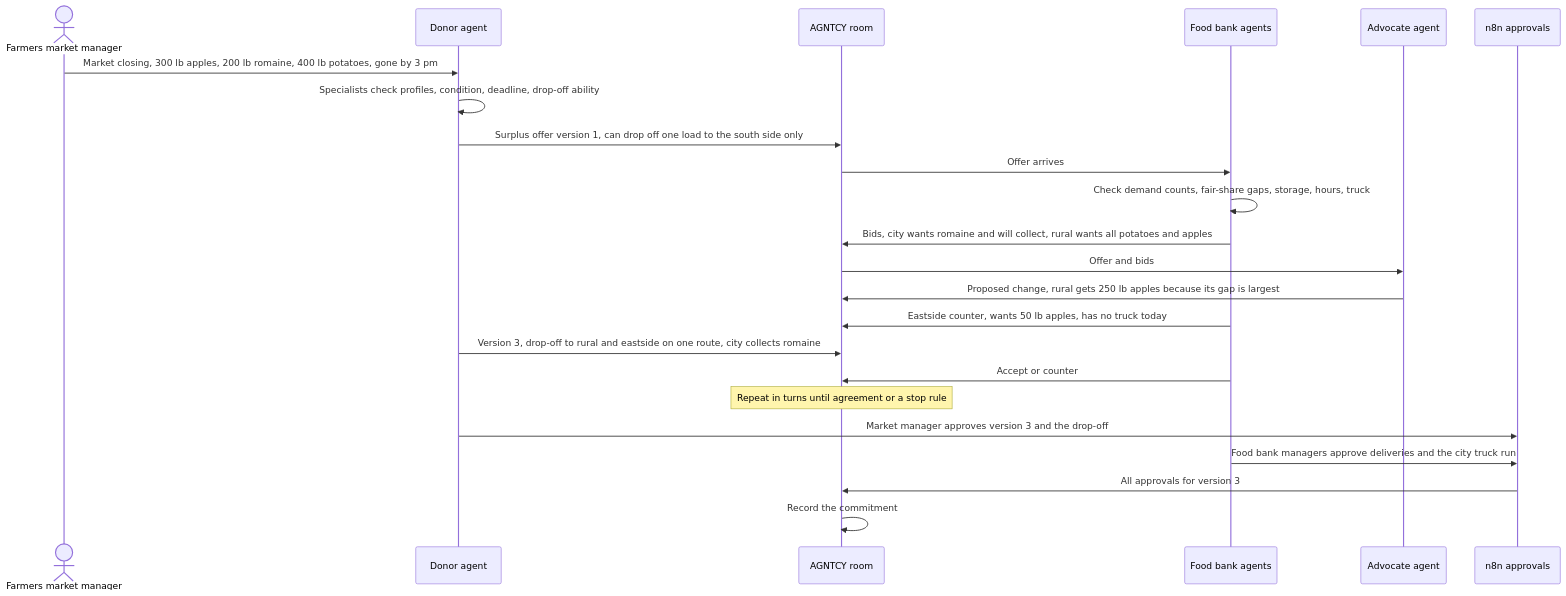
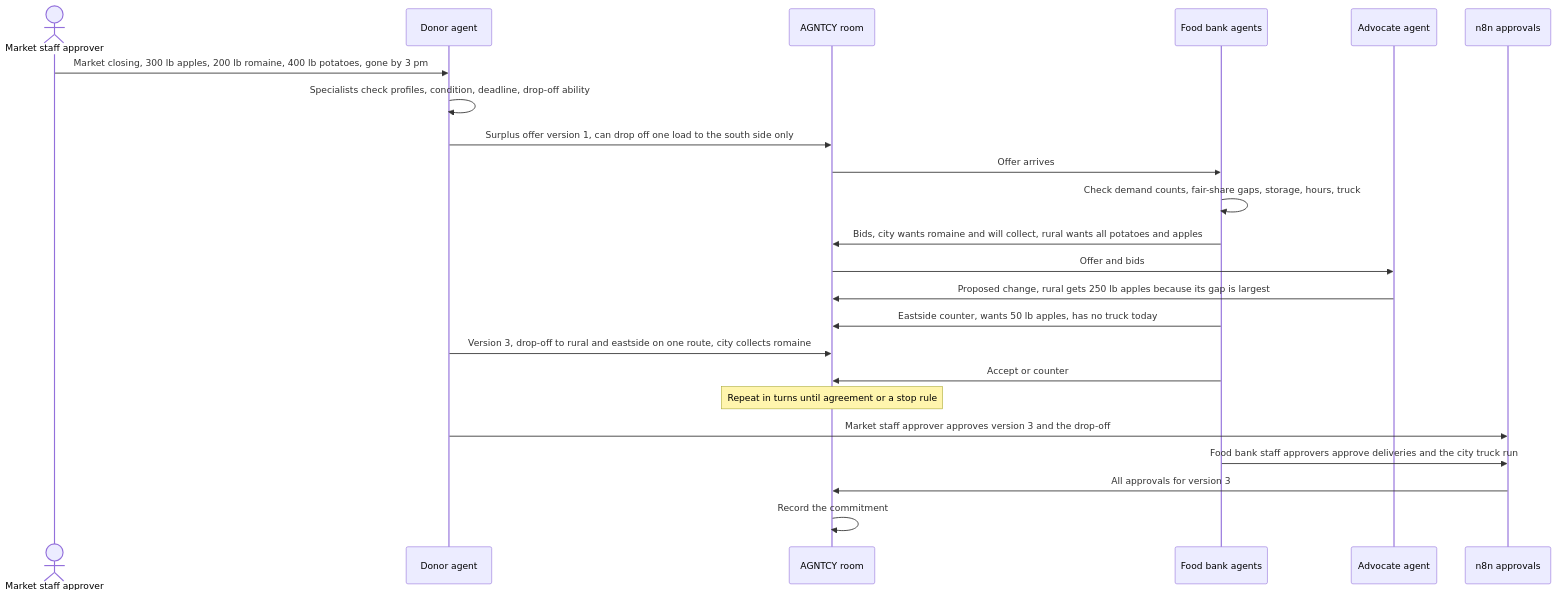
The fifth of 8 diagrams in docs/MVP_DESIGN.md (mubinmodi/UCSC_HACK_HARVESTNET), drawn with Mermaid before and after one commit. The commit also changed other lines of this file, not shown here.

First line of the commit message:
MVP design: staff approver replaces manager for an organization's human

````diff
--- a/docs/MVP_DESIGN.md
+++ b/docs/MVP_DESIGN.md
@@ -313,25 +313,25 @@
 ```mermaid
 sequenceDiagram
-    actor Staff as Farmers market manager
+    actor Staff as Market staff approver
     participant Donor as Donor agent
     participant Room as AGNTCY room
     participant Banks as Food bank agents
     participant Adv as Advocate agent
     participant N8 as n8n approvals
     Staff->>Donor: Market closing, 300 lb apples, 200 lb romaine, 400 lb potatoes, gone by 3 pm
     Donor->>Donor: Specialists check profiles, condition, deadline, drop-off ability
     Donor->>Room: Surplus offer version 1, can drop off one load to the south side only
     Room->>Banks: Offer arrives
     Banks->>Banks: Check demand counts, fair-share gaps, storage, hours, truck
     Banks->>Room: Bids, city wants romaine and will collect, rural wants all potatoes and apples
     Room->>Adv: Offer and bids
     Adv->>Room: Proposed change, rural gets 250 lb apples because its gap is largest
     Banks->>Room: Eastside counter, wants 50 lb apples, has no truck today
     Donor->>Room: Version 3, drop-off to rural and eastside on one route, city collects romaine
     Banks->>Room: Accept or counter
     Note over Room: Repeat in turns until agreement or a stop rule
-    Donor->>N8: Market manager approves version 3 and the drop-off
-    Banks->>N8: Food bank managers approve deliveries and the city truck run
+    Donor->>N8: Market staff approver approves version 3 and the drop-off
+    Banks->>N8: Food bank staff approvers approve deliveries and the city truck run
     N8->>Room: All approvals for version 3
     Room->>Room: Record the commitment
 ```
````
